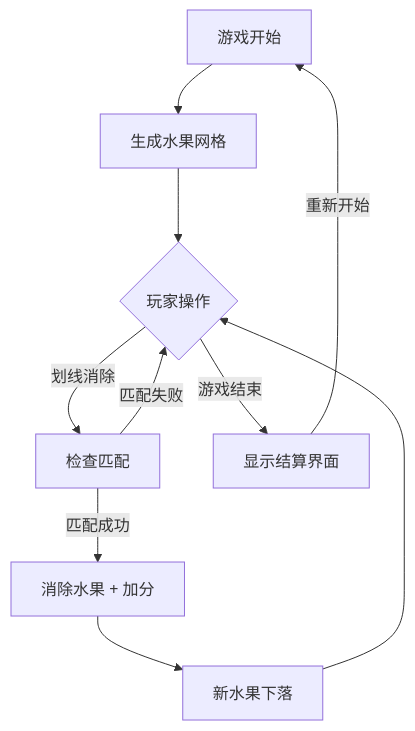
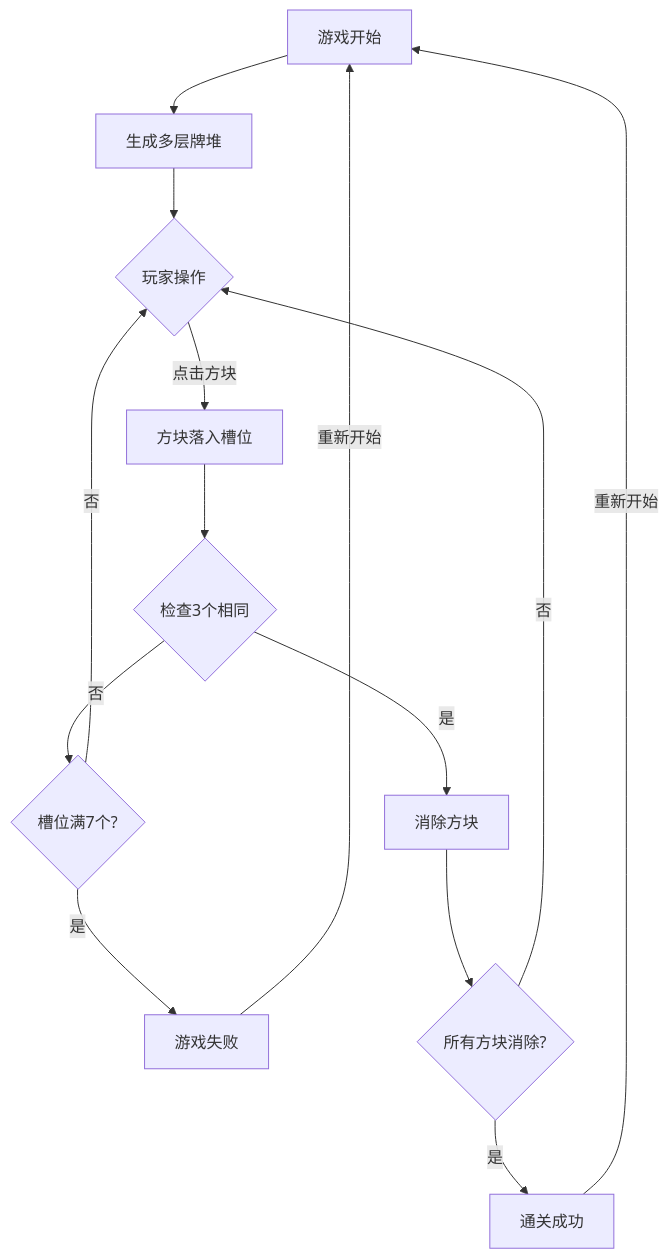
One commit to LiangLT/miniGame changed the diagram in .trae/documents/prd.md. Above: the diagram before and after it, drawn with Mermaid. The commit also changed other lines of this file and 8 other files, not shown here.

````diff
--- a/.trae/documents/prd.md
+++ b/.trae/documents/prd.md
@@ -27,12 +32,16 @@
 ```mermaid
 flowchart TD
-    A[游戏开始] --> B[生成水果网格]
+    A[游戏开始] --> B[生成多层牌堆]
     B --> C{玩家操作}
-    C -->|划线消除| D[检查匹配]
-    D -->|匹配成功| E[消除水果 + 加分]
-    E --> F[新水果下落]
-    F --> C
-    D -->|匹配失败| C
-    C -->|游戏结束| G[显示结算界面]
-    G -->|重新开始| A
+    C -->|点击方块| D[方块落入槽位]
+    D --> E{检查3个相同}
+    E -->|是| F[消除方块]
+    E -->|否| G{槽位满7个?}
+    G -->|是| H[游戏失败]
+    G -->|否| C
+    F --> I{所有方块消除?}
+    I -->|是| J[通关成功]
+    I -->|否| C
+    J -->|重新开始| A
+    H -->|重新开始| A
 ```
````
